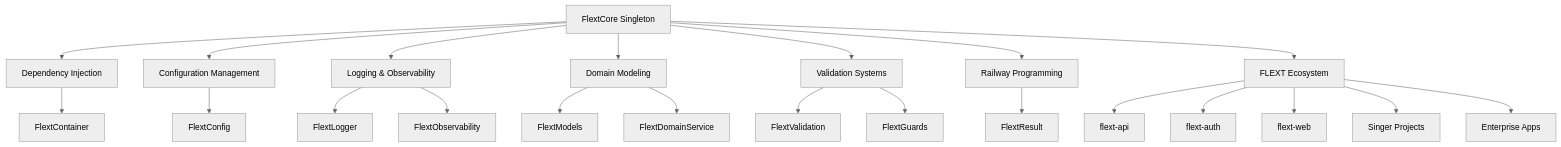
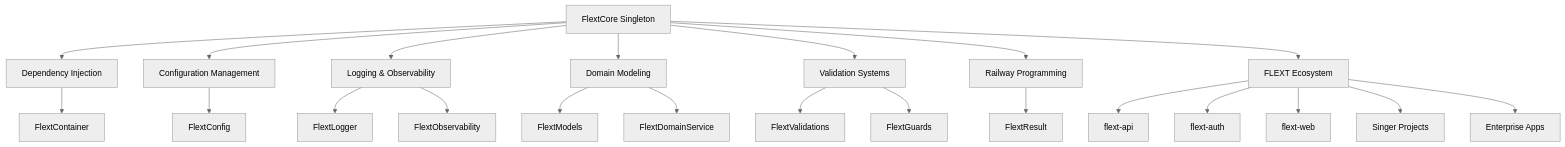
One commit to flext-sh/flext-core changed the diagram in docs/architecture/core/README.md. Above: the diagram before and after it, drawn with Mermaid (neutral theme). The commit also changed other lines of this file and 100 other files, not shown here.

````diff
--- a/docs/architecture/core/README.md
+++ b/docs/architecture/core/README.md
@@ -34,26 +34,26 @@
 ```mermaid
 graph TB
     A[FlextCore Singleton] --> B[Dependency Injection]
     A --> C[Configuration Management]
     A --> D[Logging & Observability]
     A --> E[Domain Modeling]
     A --> F[Validation Systems]
     A --> G[Railway Programming]
     
     B --> H[FlextContainer]
     C --> I[FlextConfig]
     D --> J[FlextLogger]
     D --> K[FlextObservability]
     E --> L[FlextModels]
     E --> M[FlextDomainService]
-    F --> N[FlextValidation]
+    F --> N[FlextValidations]
     F --> O[FlextGuards]
     G --> P[FlextResult]
     
     A --> Q[FLEXT Ecosystem]
     Q --> R[flext-api]
     Q --> S[flext-auth]
     Q --> T[flext-web]
     Q --> U[Singer Projects]
     Q --> V[Enterprise Apps]
 ```
````
